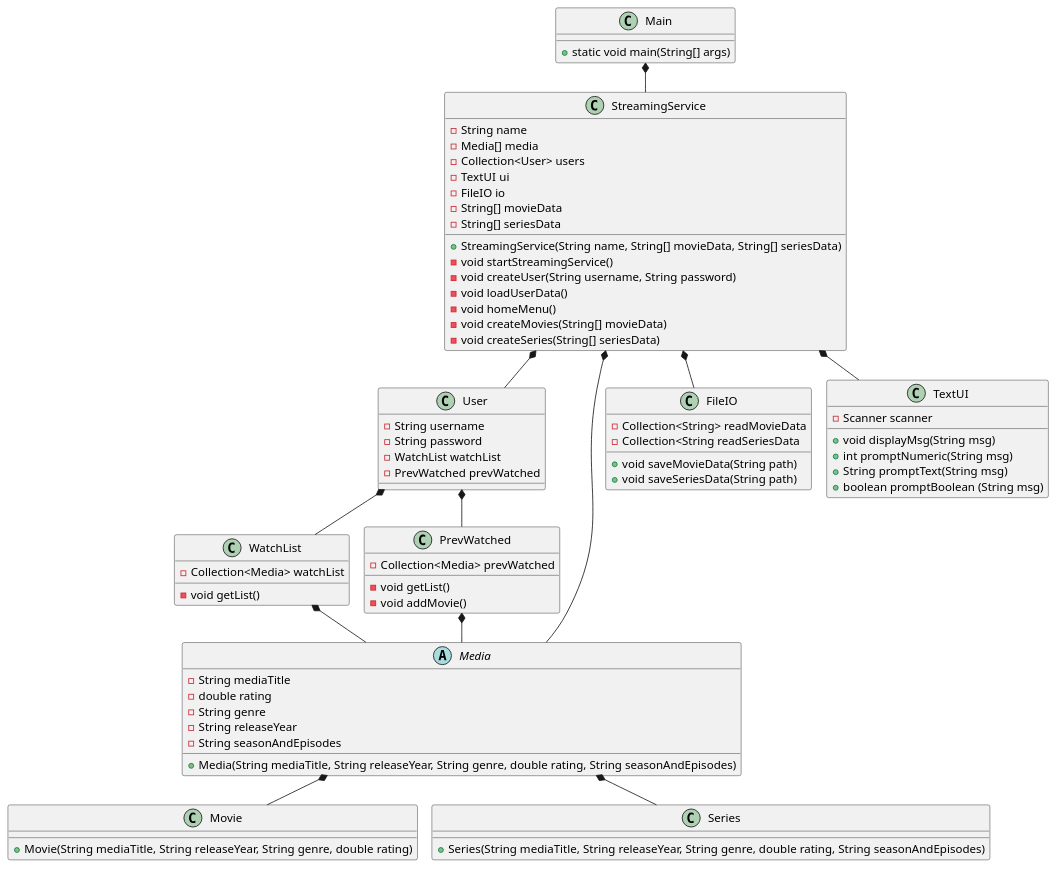
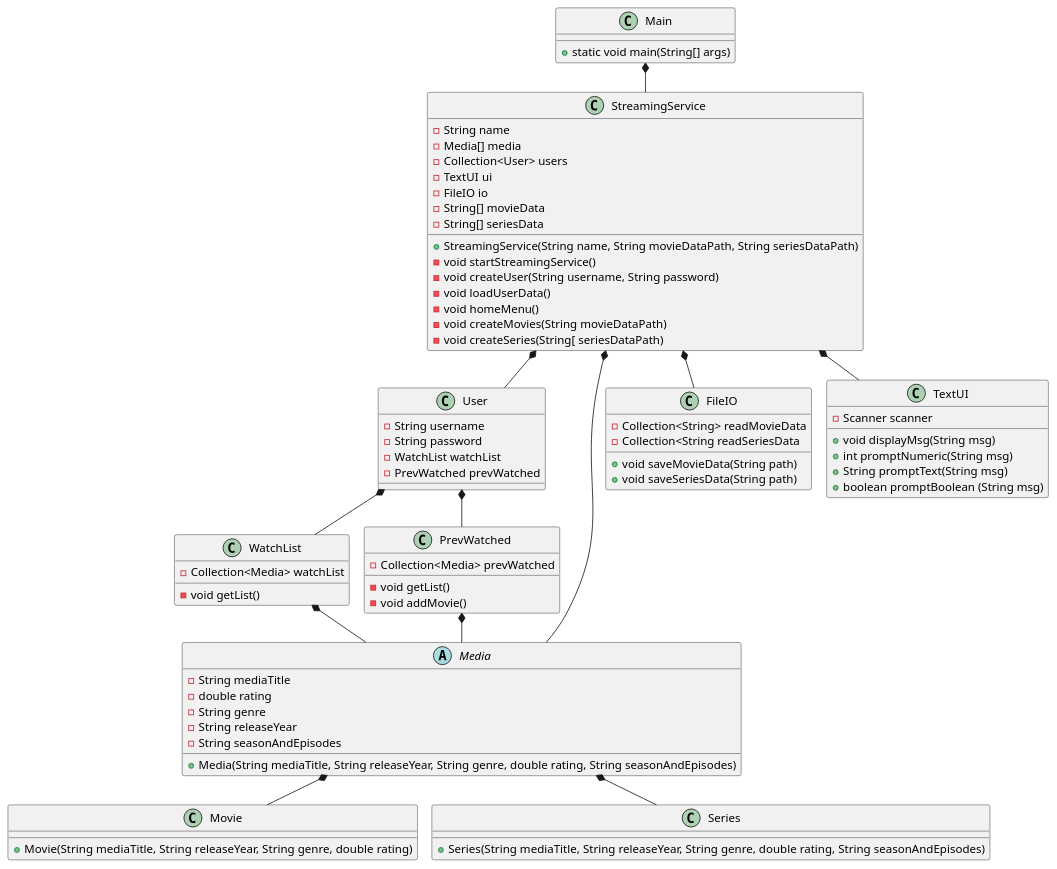
One commit to EmilDagsberg/SP3 changed the diagram in doc/classdiagram/classdiagram_v1.puml. Above: the diagram before and after it, drawn with PlantUML.

Commit message:
classdiagram

```diff
--- a/doc/classdiagram/classdiagram_v1.puml
+++ b/doc/classdiagram/classdiagram_v1.puml
@@ -1,91 +1,91 @@
 @startuml
 !pragma layout smetana
 
 class Main {
 + static void main(String[] args)
 }
 
 class StreamingService{
 - String name
 - Media[] media
 - Collection<User> users
 - TextUI ui
 - FileIO io
 - String[] movieData
 - String[] seriesData
-+ StreamingService(String name, String[] movieData, String[] seriesData)
++ StreamingService(String name, String movieDataPath, String seriesDataPath)
 - void startStreamingService()
 - void createUser(String username, String password)
 - void loadUserData()
 - void homeMenu()
-- void createMovies(String[] movieData)
-- void createSeries(String[] seriesData)
+- void createMovies(String movieDataPath)
+- void createSeries(String[ seriesDataPath)
 
 }
 
 class User {
 - String username
 - String password
 - WatchList watchList
 - PrevWatched prevWatched
 
 }
 
 class WatchList{
 - Collection<Media> watchList
 - void getList()
 }
 
 class PrevWatched{
 - Collection<Media> prevWatched
 - void getList()
 - void addMovie()
 }
 
 abstract class Media{
 - String mediaTitle
 - double rating
 - String genre
 - String releaseYear
 - String seasonAndEpisodes
 +Media(String mediaTitle, String releaseYear, String genre, double rating, String seasonAndEpisodes)
 }
 
 class Movie{
 + Movie(String mediaTitle, String releaseYear, String genre, double rating)
 'metode der loader liste over film?
 
 }
 
 class Series{
 +Series(String mediaTitle, String releaseYear, String genre, double rating, String seasonAndEpisodes)
 'metode der loader liste over serier?
 }
 
 class FileIO {
 - Collection<String> readMovieData
 - Collection<String readSeriesData
 + void saveMovieData(String path)
 + void saveSeriesData(String path)
 }
 
 class TextUI {
 - Scanner scanner
 + void displayMsg(String msg)
 + int promptNumeric(String msg)
 + String promptText(String msg)
 + boolean promptBoolean (String msg)
 }
 
 Main *-- StreamingService
 StreamingService *-- User
 StreamingService *-- FileIO
 StreamingService *-- TextUI
 User *-- WatchList
 User *-- PrevWatched
 Media *-- Movie
 Media *-- Series
 StreamingService *-- Media
 WatchList *-- Media
 PrevWatched *-- Media
 @enduml
```
